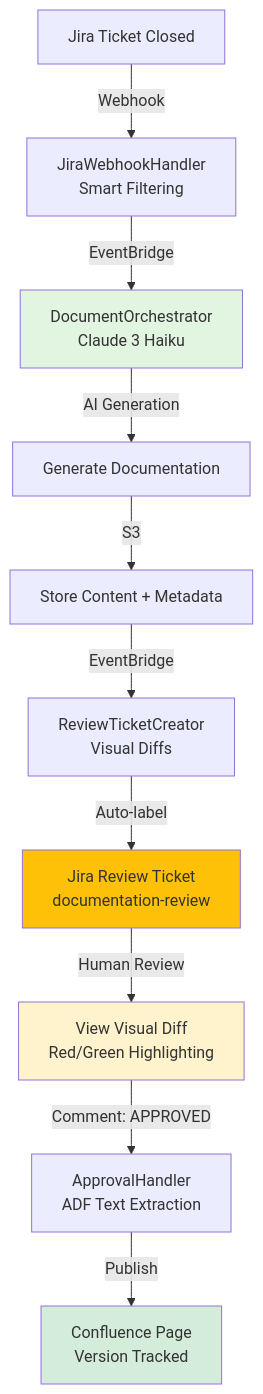
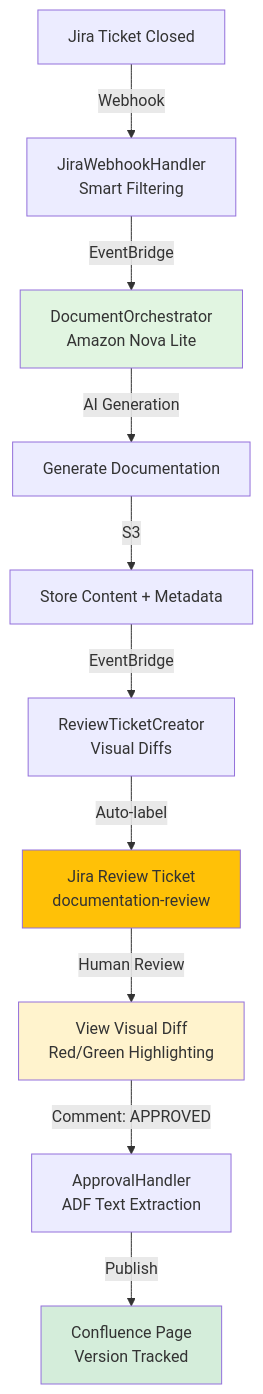
The diagram in README.md (jaredgiosinuff/kinexus-ai), drawn with Mermaid before and after one commit. The commit also changed other lines of this file and 4 other files, not shown here.

First line of the commit message:
docs: Correct all AI model references from Claude to Amazon Nova Lite

````diff
--- a/README.md
+++ b/README.md
@@ -45,17 +45,17 @@
 ```mermaid
 graph TB
     A[Jira Ticket Closed] -->|Webhook| B[JiraWebhookHandler<br/>Smart Filtering]
-    B -->|EventBridge| C[DocumentOrchestrator<br/>Claude 3 Haiku]
+    B -->|EventBridge| C[DocumentOrchestrator<br/>Amazon Nova Lite]
     C -->|AI Generation| D[Generate Documentation]
     D -->|S3| E[Store Content + Metadata]
     E -->|EventBridge| F[ReviewTicketCreator<br/>Visual Diffs]
     F -->|Auto-label| G[Jira Review Ticket<br/>documentation-review]
     G -->|Human Review| H[View Visual Diff<br/>Red/Green Highlighting]
     H -->|Comment: APPROVED| I[ApprovalHandler<br/>ADF Text Extraction]
     I -->|Publish| J[Confluence Page<br/>Version Tracked]
 
     style C fill:#e1f5e1
     style H fill:#fff3cd
     style J fill:#d4edda
     style G fill:#ffc107
 ```
````
